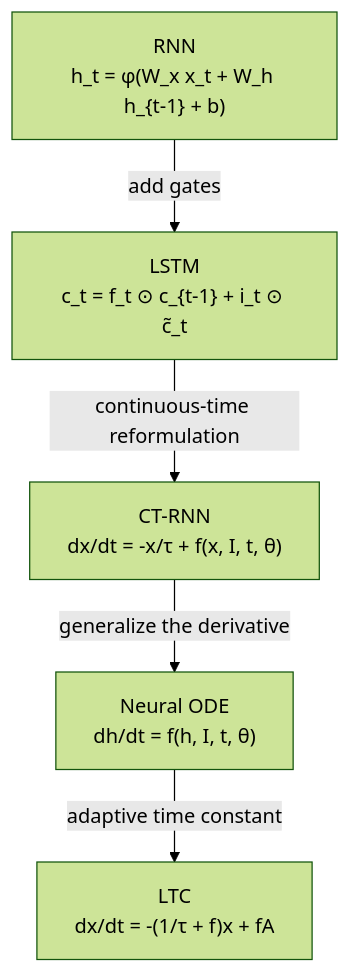
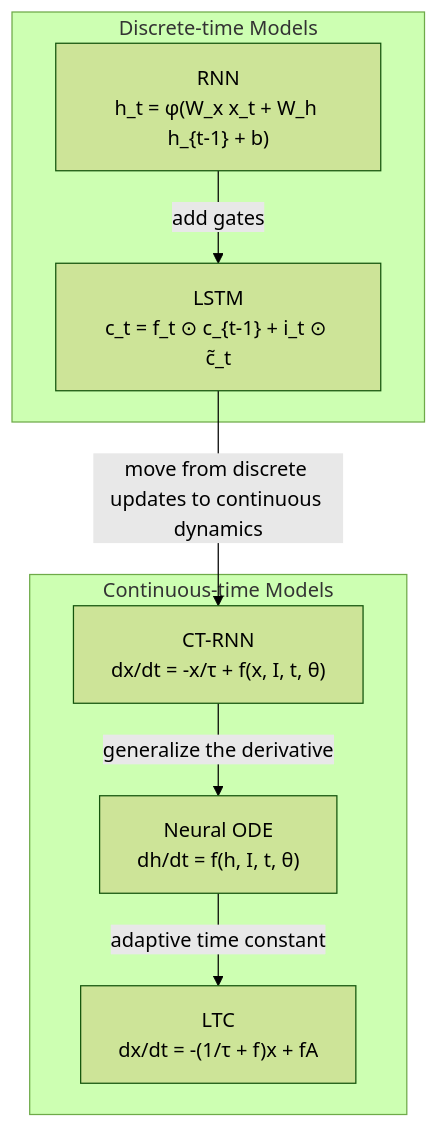
Before and after one commit to boliu-ee/LNN: the diagram in README.md, drawn with Mermaid (forest theme). The commit also changed other lines of this file, not shown here.

````diff
--- a/README.md
+++ b/README.md
@@ -538,13 +538,18 @@
 ```mermaid
 flowchart TB
-    A["RNN<br/>h_t = φ(W_x x_t + W_h h_{t-1} + b)"]
-    B["LSTM<br/>c_t = f_t ⊙ c_{t-1} + i_t ⊙ c̃_t"]
-    C["CT-RNN<br/>dx/dt = -x/τ + f(x, I, t, θ)"]
-    D["Neural ODE<br/>dh/dt = f(h, I, t, θ)"]
-    E["LTC<br/>dx/dt = -(1/τ + f)x + fA"]
+    subgraph G1["Discrete-time Models"]
+        A["RNN<br/>h_t = φ(W_x x_t + W_h h_{t-1} + b)"]
+        B["LSTM<br/>c_t = f_t ⊙ c_{t-1} + i_t ⊙ c̃_t"]
+        A -->|add gates| B
+    end
 
-    A -->|add gates| B
-    B -->|continuous-time reformulation| C
-    C -->|generalize the derivative| D
-    D -->|adaptive time constant| E
+    subgraph G2["Continuous-time Models"]
+        C["CT-RNN<br/>dx/dt = -x/τ + f(x, I, t, θ)"]
+        D["Neural ODE<br/>dh/dt = f(h, I, t, θ)"]
+        E["LTC<br/>dx/dt = -(1/τ + f)x + fA"]
+        C -->|generalize the derivative| D
+        D -->|adaptive time constant| E
+    end
+
+    B -->|move from discrete updates to continuous dynamics| C
 ```
````
